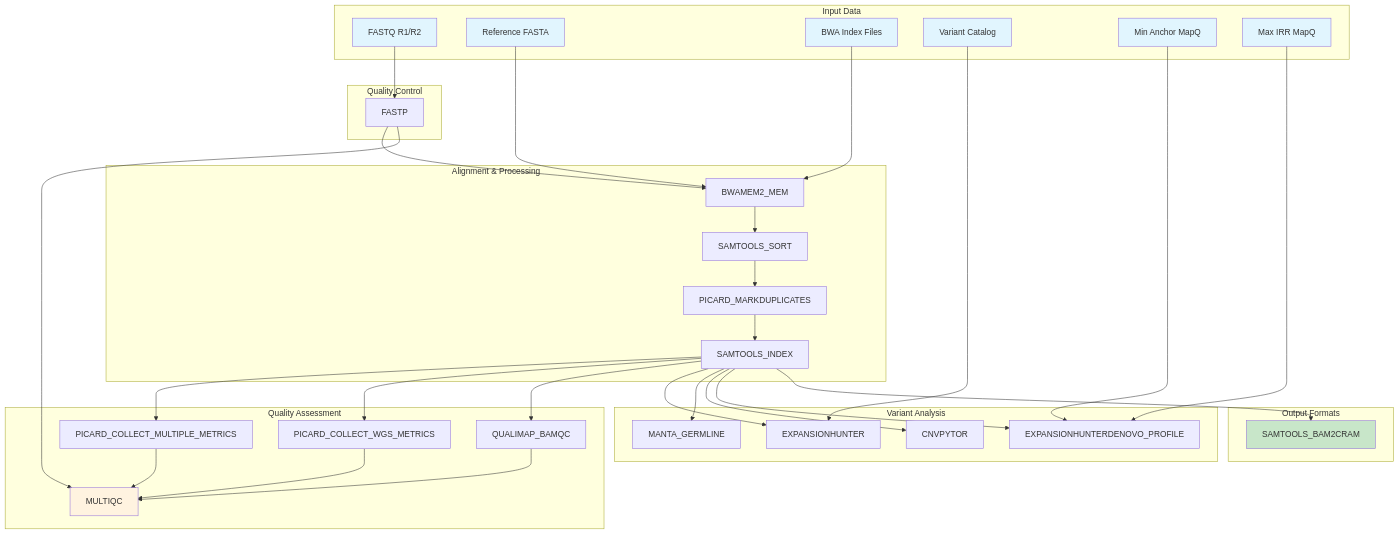
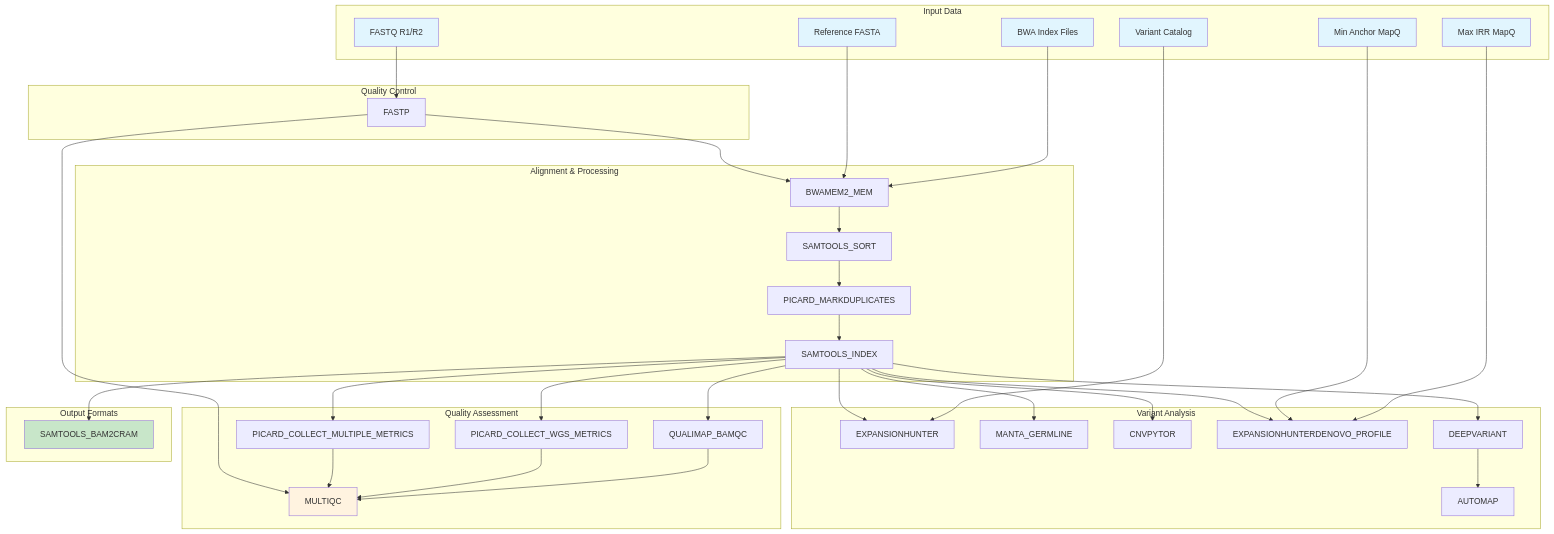
One commit to uclanelsonlab/nl-wgs_wf changed the diagram in README.md. Above: the diagram before and after it, drawn with Mermaid. The commit also changed other lines of this file and 1 other file, not shown here.

````diff
--- a/README.md
+++ b/README.md
@@ -25,77 +44,81 @@
 ```mermaid
 graph TD
     A[FASTQ R1/R2] --> B[FASTP]
     B --> C[BWAMEM2_MEM]
     D[Reference FASTA] --> C
     E[BWA Index Files] --> C
     
     C --> F[SAMTOOLS_SORT]
     F --> G[PICARD_MARKDUPLICATES]
     G --> H[SAMTOOLS_INDEX]
     
     H --> I[PICARD_COLLECT_MULTIPLE_METRICS]
     H --> J[PICARD_COLLECT_WGS_METRICS]
     H --> K[QUALIMAP_BAMQC]
     
     B --> L[MULTIQC]
     I --> L
     J --> L
     K --> L
     
     H --> M[EXPANSIONHUNTER]
     H --> N[MANTA_GERMLINE]
     H --> O[CNVPYTOR]
     H --> P[EXPANSIONHUNTERDENOVO_PROFILE]
     H --> Q[SAMTOOLS_BAM2CRAM]
+    H --> R[DEEPVARIANT]
+    R --> S[AUTOMAP]
     
-    R[Variant Catalog] --> M
-    S[Min Anchor MapQ] --> P
-    T[Max IRR MapQ] --> P
+    T[Variant Catalog] --> M
+    U[Min Anchor MapQ] --> P
+    V[Max IRR MapQ] --> P
     
     subgraph "Input Data"
         A
         D
         E
-        R
-        S
         T
+        U
+        V
     end
     
     subgraph "Quality Control"
         B
     end
     
     subgraph "Alignment & Processing"
         C
         F
         G
         H
     end
     
     subgraph "Quality Assessment"
         I
         J
         K
         L
     end
     
     subgraph "Variant Analysis"
         M
         N
         O
         P
+        R
+        S
     end
     
     subgraph "Output Formats"
         Q
     end
     
     style A fill:#e1f5fe
     style D fill:#e1f5fe
     style E fill:#e1f5fe
-    style R fill:#e1f5fe
-    style S fill:#e1f5fe
     style T fill:#e1f5fe
+    style U fill:#e1f5fe
+    style V fill:#e1f5fe
     style L fill:#fff3e0
     style Q fill:#c8e6c9
 ```
````
